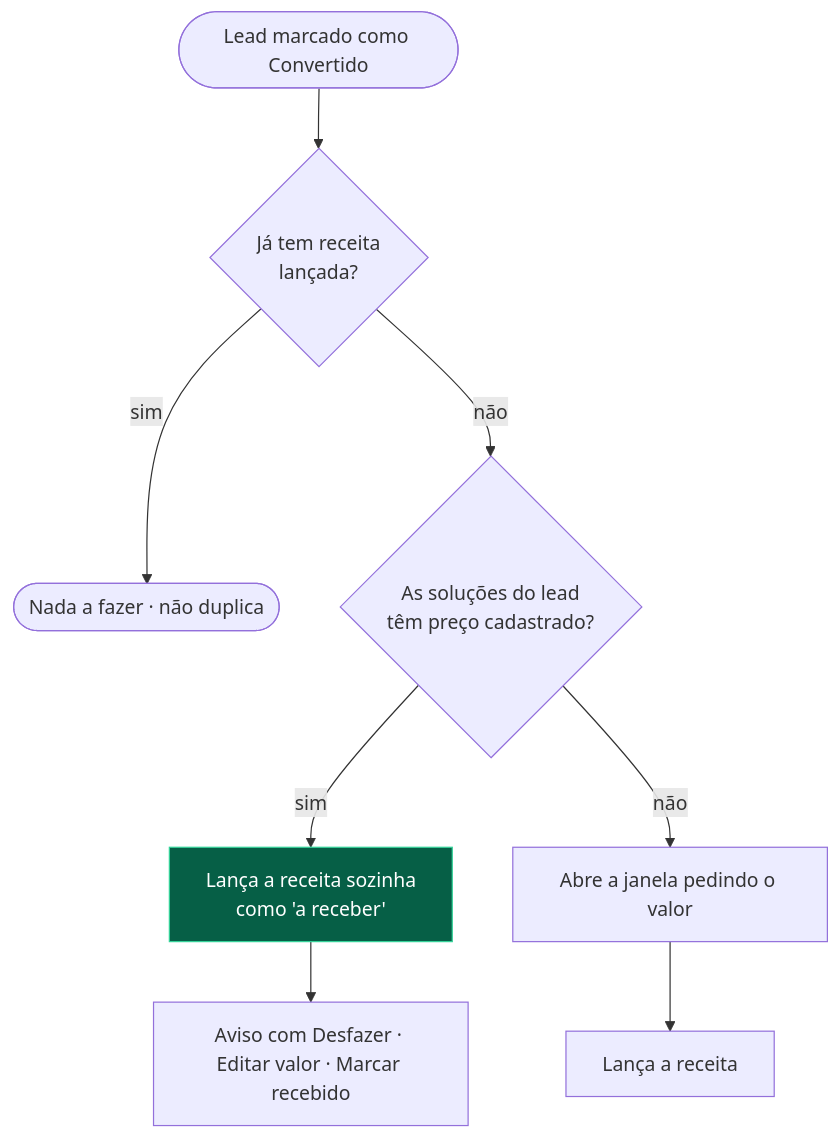
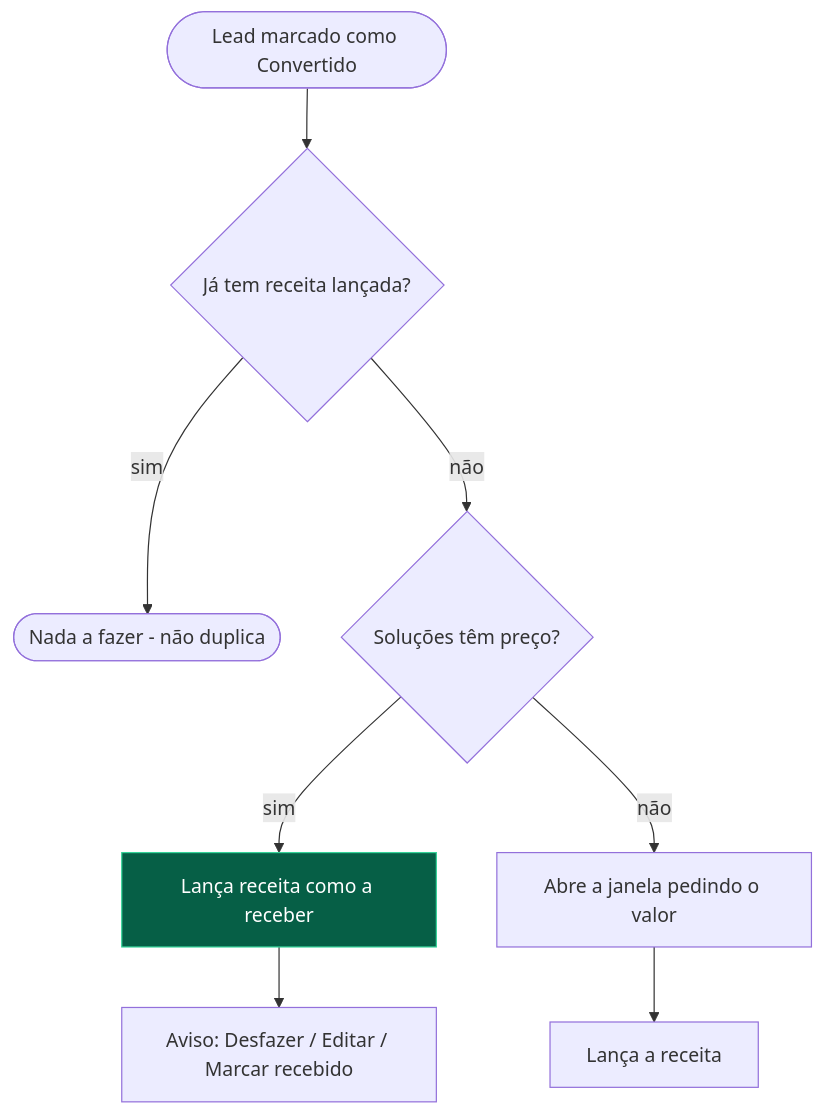
Before and after one commit to henriquefbarrado/painel-lead: the fifth of 7 diagrams in README.md, drawn with Mermaid. The commit also changed other lines of this file, not shown here.

````diff
--- a/README.md
+++ b/README.md
@@ -214,11 +214,11 @@
 ```mermaid
 flowchart TD
-  A(["Lead marcado como Convertido"]) --> B{"Já tem receita<br/>lançada?"}
-  B -->|sim| Z(["Nada a fazer · não duplica"])
-  B -->|não| C{"As soluções do lead<br/>têm preço cadastrado?"}
-  C -->|sim| D["Lança a receita sozinha<br/>como 'a receber'"]
-  D --> E["Aviso com Desfazer · Editar valor · Marcar recebido"]
+  A(["Lead marcado como Convertido"]) --> B{"Já tem receita lançada?"}
+  B -->|sim| Z(["Nada a fazer - não duplica"])
+  B -->|não| C{"Soluções têm preço?"}
+  C -->|sim| D["Lança receita como a receber"]
+  D --> E["Aviso: Desfazer / Editar / Marcar recebido"]
   C -->|não| F["Abre a janela pedindo o valor"]
   F --> G["Lança a receita"]
   style D fill:#065f46,stroke:#34d399,color:#fff
 ```
````
